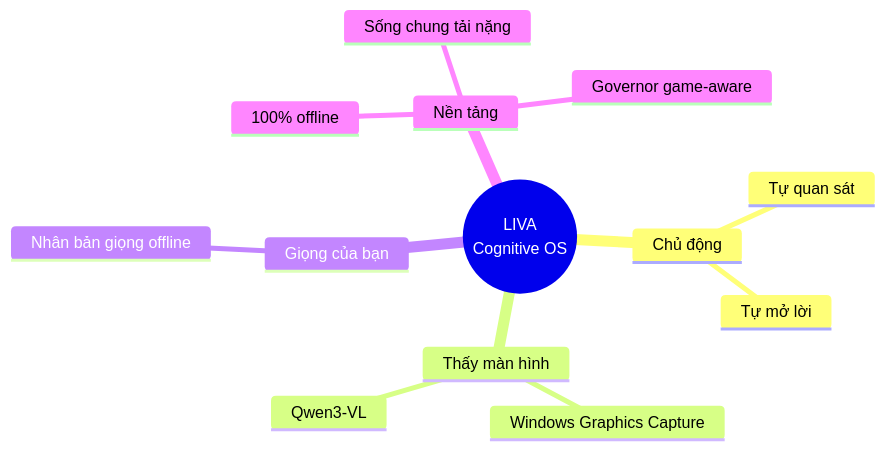
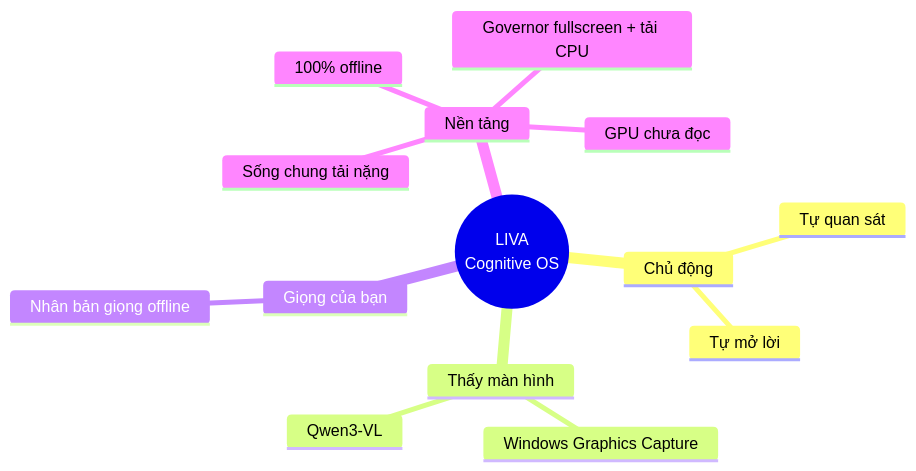
One commit to DuongNAD/LIVA changed the second of 2 diagrams in docs/01-ban-ve/00-tong-quan-he-thong.md. Above: the diagram before and after it, drawn with Mermaid. The commit also changed other lines of this file and 17 other files, not shown here.

````diff
--- a/docs/01-ban-ve/00-tong-quan-he-thong.md
+++ b/docs/01-ban-ve/00-tong-quan-he-thong.md
@@ -98,16 +98,17 @@
 ```mermaid
 mindmap
   root((LIVA<br/>Cognitive OS))
     Chủ động
       Tự quan sát
       Tự mở lời
     Thấy màn hình
       Windows Graphics Capture
       Qwen3-VL
     Giọng của bạn
       Nhân bản giọng offline
     Nền tảng
       100% offline
       Sống chung tải nặng
-      Governor game-aware
+      Governor fullscreen + tải CPU
+      GPU chưa đọc
 ```
````
